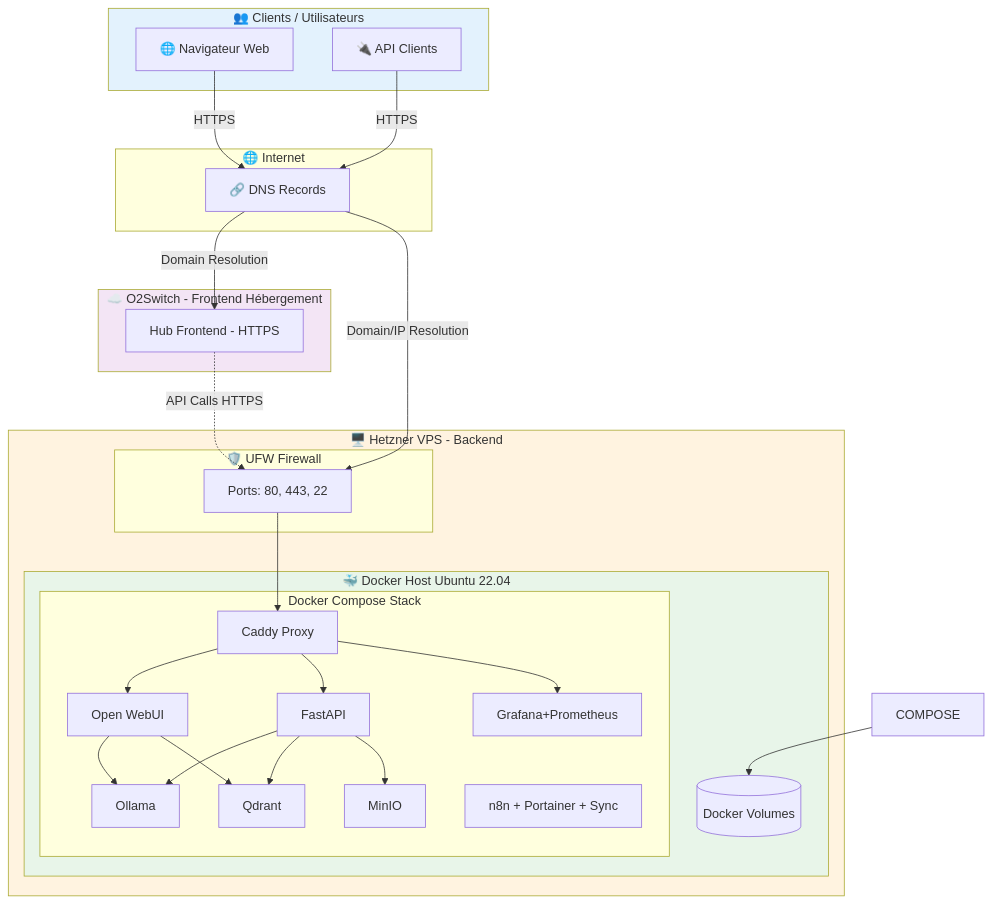
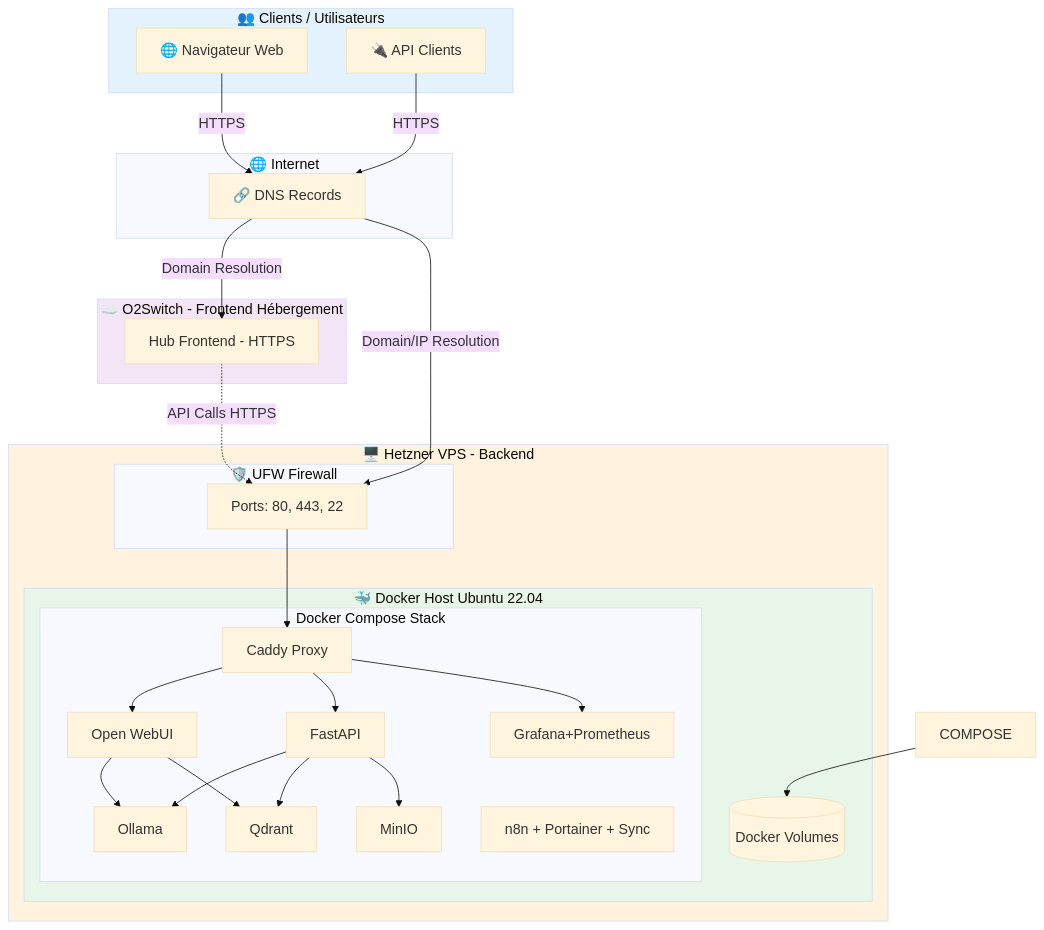
The fifth of 6 diagrams in README.md (stepstev/oceanphenix-IA-souveraine-v10_2026_DOCS), drawn with Mermaid before and after one commit. The commit also changed other lines of this file, not shown here.

Commit message:
style: Increase font size in architecture and deployment Mermaid diagrams

````diff
--- a/README.md
+++ b/README.md
@@ -567,61 +568,62 @@
 ```mermaid
+%%{init: {'theme':'base', 'themeVariables': {'fontSize':'18px', 'fontFamily':'Arial'}}}%%
 graph TB
     subgraph Client["👥 Clients / Utilisateurs"]
         BROWSER[🌐 Navigateur Web]
         API_CLIENT[🔌 API Clients]
     end
 
     subgraph O2Switch["☁️ O2Switch - Frontend Hébergement"]
         STATIC["Hub Frontend - HTTPS"]
     end
 
     subgraph Internet["🌐 Internet"]
         DNS[🔗 DNS Records]
     end
 
     subgraph Hetzner["🖥️ Hetzner VPS - Backend"]
         subgraph Firewall["🛡️ UFW Firewall"]
             FW_RULES["Ports: 80, 443, 22"]
         end
         
         subgraph Docker["🐳 Docker Host Ubuntu 22.04"]
             subgraph Compose["Docker Compose Stack"]
                 PROXY[Caddy Proxy]
                 WEB[Open WebUI]
                 API[FastAPI]
                 LLM[Ollama]
                 VDB[Qdrant]
                 S3[MinIO]
                 MON[Grafana+Prometheus]
                 AUTO_SERVICES["n8n + Portainer + Sync"]
             end
             
             VOLUMES[("Docker Volumes")]
         end
     end
 
     BROWSER -->|HTTPS| DNS
     API_CLIENT -->|HTTPS| DNS
     DNS -->|Domain Resolution| STATIC
     DNS -->|Domain/IP Resolution| FW_RULES
     
     STATIC -.->|API Calls HTTPS| FW_RULES
     
     FW_RULES --> PROXY
     PROXY --> WEB
     PROXY --> API
     PROXY --> MON
     
     API --> LLM
     API --> VDB
     API --> S3
     WEB --> LLM
     WEB --> VDB
     
     COMPOSE --> VOLUMES
     
     style Client fill:#e3f2fd
     style O2Switch fill:#f3e5f5
     style Hetzner fill:#fff3e0
     style Docker fill:#e8f5e9
 ```
````
